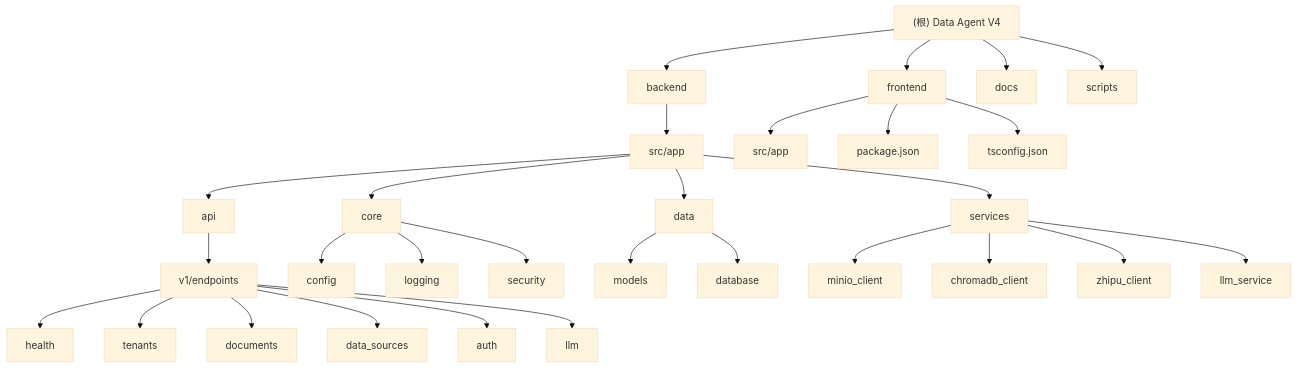
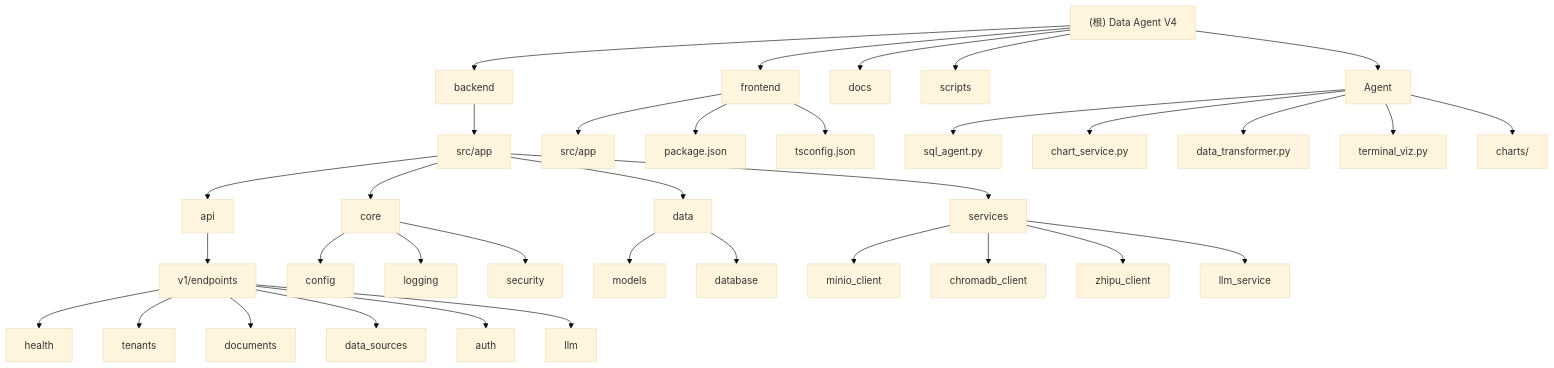
Before and after one commit to 1274866478-stack/data_agent: the diagram in CLAUDE.md, drawn with Mermaid (base theme). The commit also changed other lines of this file and 26 other files, not shown here.

First line of the commit message:
feat(Agent): 添加LangGraph SQL智能代理模块与图表可视化功能

````diff
--- a/CLAUDE.md
+++ b/CLAUDE.md
@@ -24,42 +24,50 @@
 ```mermaid
 graph TD
     A["(根) Data Agent V4"] --> B["backend"];
     A --> C["frontend"];
     A --> D["docs"];
     A --> E["scripts"];
+    A --> F["Agent"];
 
-    B --> F["src/app"];
-    F --> G["api"];
-    F --> H["core"];
-    F --> I["data"];
-    F --> J["services"];
+    B --> G["src/app"];
+    G --> H["api"];
+    G --> I["core"];
+    G --> J["data"];
+    G --> K["services"];
 
-    G --> K["v1/endpoints"];
-    K --> L["health"];
-    K --> M["tenants"];
-    K --> N["documents"];
-    K --> O["data_sources"];
-    K --> P["auth"];
-    K --> Q["llm"];
+    H --> L["v1/endpoints"];
+    L --> M["health"];
+    L --> N["tenants"];
+    L --> O["documents"];
+    L --> P["data_sources"];
+    L --> Q["auth"];
+    L --> R["llm"];
 
-    H --> R["config"];
-    H --> S["logging"];
-    H --> T["security"];
+    I --> S["config"];
+    I --> T["logging"];
+    I --> U["security"];
 
-    I --> U["models"];
-    I --> V["database"];
+    J --> V["models"];
+    J --> W["database"];
 
-    J --> W["minio_client"];
-    J --> X["chromadb_client"];
-    J --> Y["zhipu_client"];
-    J --> Z["llm_service"];
+    K --> X["minio_client"];
+    K --> Y["chromadb_client"];
+    K --> Z["zhipu_client"];
+    K --> AA["llm_service"];
 
-    C --> AA["src/app"];
-    C --> BB["package.json"];
-    C --> CC["tsconfig.json"];
+    C --> BB["src/app"];
+    C --> CC["package.json"];
+    C --> DD["tsconfig.json"];
+
+    F --> EE["sql_agent.py"];
+    F --> FF["chart_service.py"];
+    F --> GG["data_transformer.py"];
+    F --> HH["terminal_viz.py"];
+    F --> II["charts/"];
 
     click B "./backend/CLAUDE.md" "查看后端模块文档"
     click C "./frontend/CLAUDE.md" "查看前端模块文档"
     click D "./docs/CLAUDE.md" "查看文档模块"
     click E "./scripts/CLAUDE.md" "查看脚本模块"
+    click F "./Agent/CLAUDE.md" "查看Agent模块文档"
 ```
````
